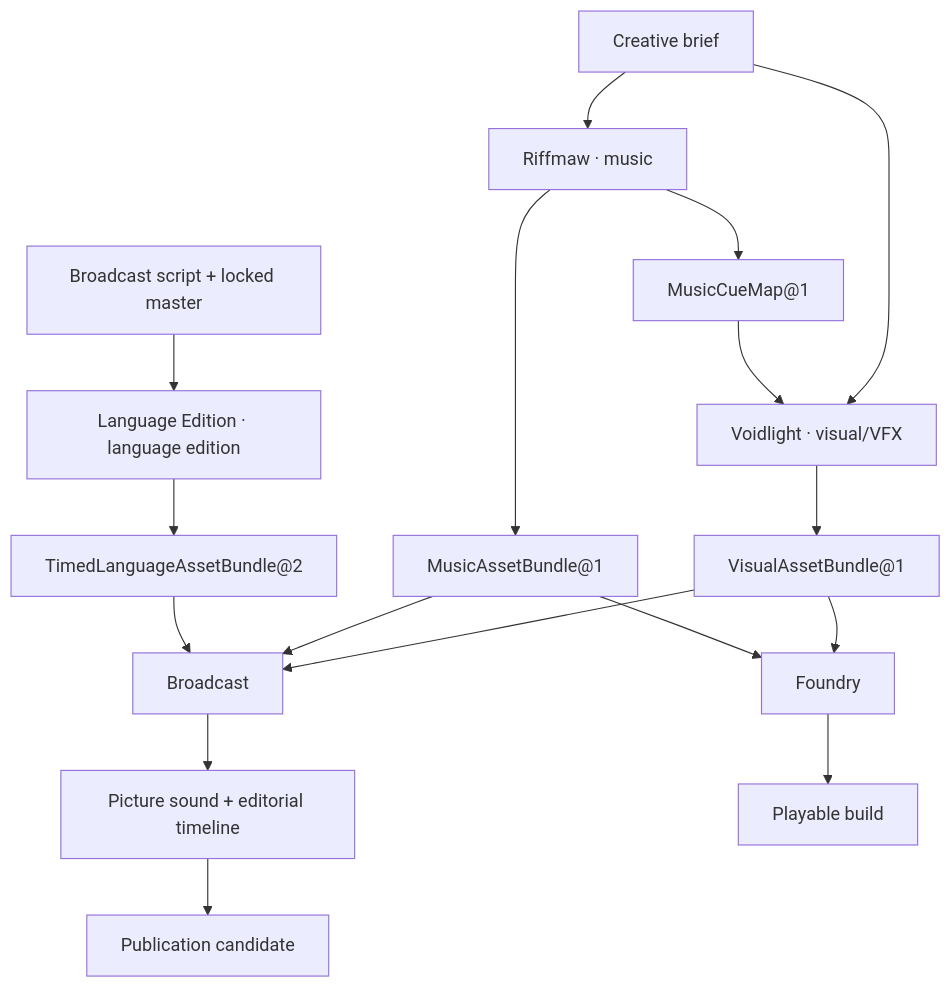
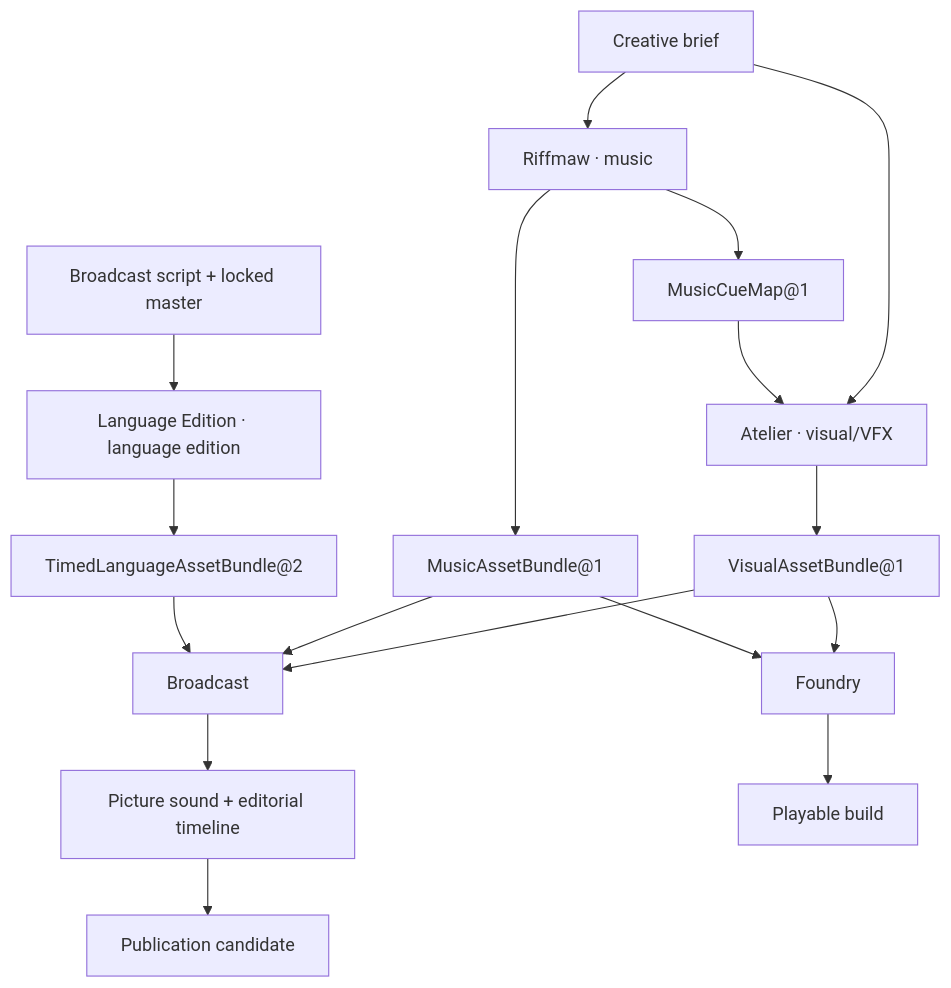
Before and after one commit to hexanomicon/lychd: the diagram in docs/compositions/products-and-suites.md, drawn with Mermaid. The commit also changed other lines of this file and 116 other files, not shown here.

````diff
--- a/docs/compositions/products-and-suites.md
+++ b/docs/compositions/products-and-suites.md
@@ -70,19 +70,19 @@
 ```mermaid
 flowchart TD
-    B["Creative brief"] --> V["Voidlight · visual/VFX"]
+    B["Creative brief"] --> V["Atelier · visual/VFX"]
     B --> R["Riffmaw · music"]
     BS["Broadcast script + locked master"] --> D["Language Edition · language edition"]
     R --> S["MusicAssetBundle@1"]
     R --> C["MusicCueMap@1"]
     C --> V
     V --> A["VisualAssetBundle@1"]
     D --> L["TimedLanguageAssetBundle@2"]
     A --> G["Foundry"]
     S --> G
     A --> P["Broadcast"]
     S --> P
     L --> P
     P --> PS["Picture sound + editorial timeline"]
     G --> GB["Playable build"]
     PS --> PC["Publication candidate"]
 ```
````
